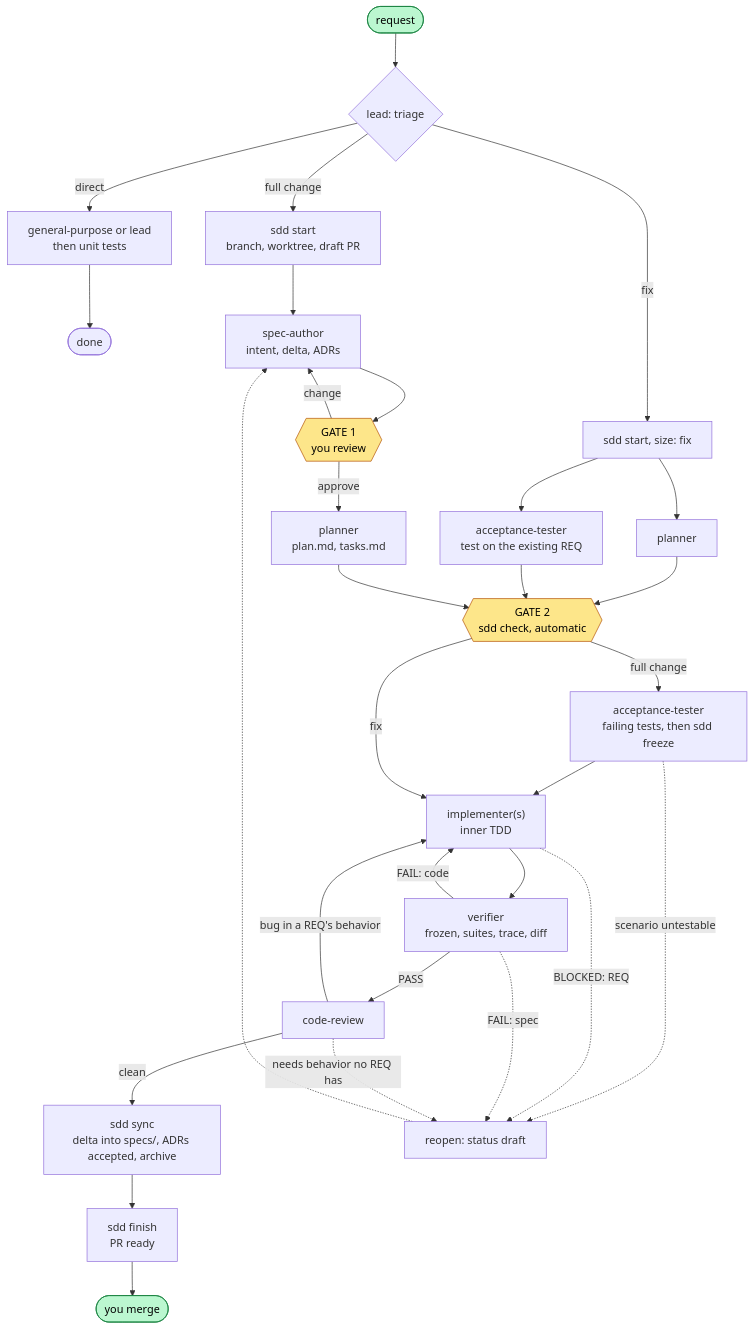
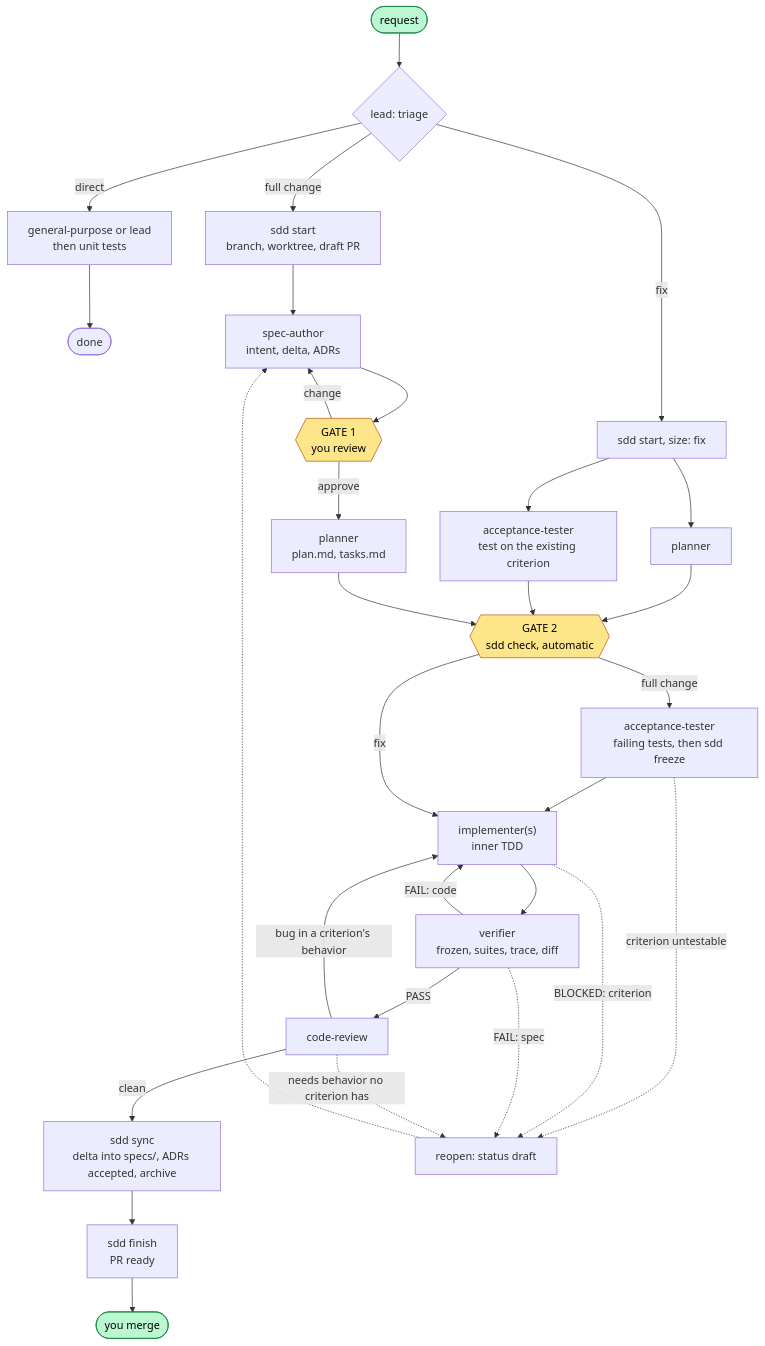
One commit to gpr/claude-plugins changed the diagram in plugins/meta/sdd/docs/explanation/workflow-overview.md. Above: the diagram before and after it, drawn with Mermaid. The commit also changed other lines of this file and 52 other files, not shown here.

````diff
--- a/plugins/meta/sdd/docs/explanation/workflow-overview.md
+++ b/plugins/meta/sdd/docs/explanation/workflow-overview.md
@@ -16,37 +16,37 @@
 ```mermaid
 flowchart TD
     R([request]) --> T{"lead: triage"}
     T -- direct --> D["general-purpose or lead<br/>then unit tests"] --> DONE1([done])
     T -- "full change" --> S1["sdd start<br/>branch, worktree, draft PR"]
     T -- fix --> S2["sdd start, size: fix"]
 
     S1 --> SA["spec-author<br/>intent, delta, ADRs"]
     SA --> G1{{"GATE 1<br/>you review"}}
     G1 -- change --> SA
     G1 -- approve --> PL["planner<br/>plan.md, tasks.md"]
 
-    S2 --> PL2["planner"] & AT2["acceptance-tester<br/>test on the existing REQ"]
+    S2 --> PL2["planner"] & AT2["acceptance-tester<br/>test on the existing criterion"]
     PL2 & AT2 --> G2
 
     PL --> G2{{"GATE 2<br/>sdd check, automatic"}}
     G2 -- "full change" --> AT["acceptance-tester<br/>failing tests, then sdd freeze"]
     AT --> IM
     G2 -- fix --> IM["implementer(s)<br/>inner TDD"]
     IM --> VE["verifier<br/>frozen, suites, trace, diff"]
     VE -- PASS --> CR["code-review"]
     VE -- "FAIL: code" --> IM
-    CR -- "bug in a REQ's behavior" --> IM
+    CR -- "bug in a criterion's behavior" --> IM
     CR -- clean --> SY["sdd sync<br/>delta into specs/, ADRs accepted, archive"]
     SY --> FI["sdd finish<br/>PR ready"] --> M([you merge])
 
-    AT -. "scenario untestable" .-> RO
-    IM -. "BLOCKED: REQ" .-> RO
+    AT -. "criterion untestable" .-> RO
+    IM -. "BLOCKED: criterion" .-> RO
     VE -. "FAIL: spec" .-> RO
-    CR -. "needs behavior no REQ has" .-> RO
+    CR -. "needs behavior no criterion has" .-> RO
     RO["reopen: status draft"] -.-> SA
 
     classDef gate fill:#fde68a,stroke:#b45309,color:#000
     classDef you fill:#bbf7d0,stroke:#15803d,color:#000
     class G1,G2 gate
     class R,M you
 ```
````
